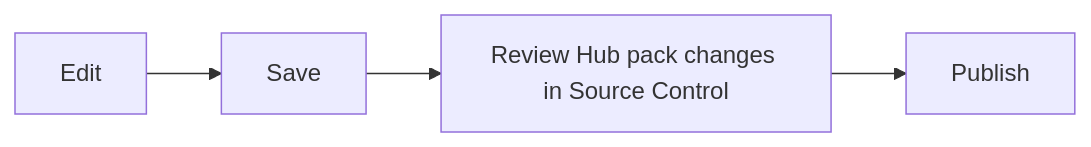
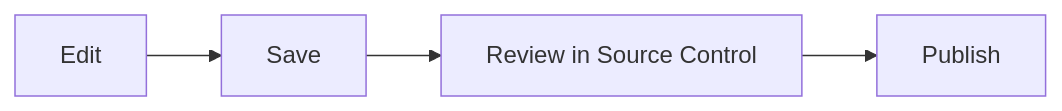
One commit to cyborgoat/nest changed the diagram in examples/knowledge-packs/getting-started/1.0.0/guides/editing-and-source-control.md. Above: the diagram before and after it, drawn with Mermaid. The commit also changed other lines of this file and 19 other files, not shown here.

````diff
--- a/examples/knowledge-packs/getting-started/1.0.0/guides/editing-and-source-control.md
+++ b/examples/knowledge-packs/getting-started/1.0.0/guides/editing-and-source-control.md
@@ -11,6 +12,6 @@
 ```mermaid
 flowchart LR
   Edit --> Save
-  Save --> Review[Review Hub pack changes in Source Control]
+  Save --> Review[Review in Source Control]
   Review --> Publish
 ```
````
